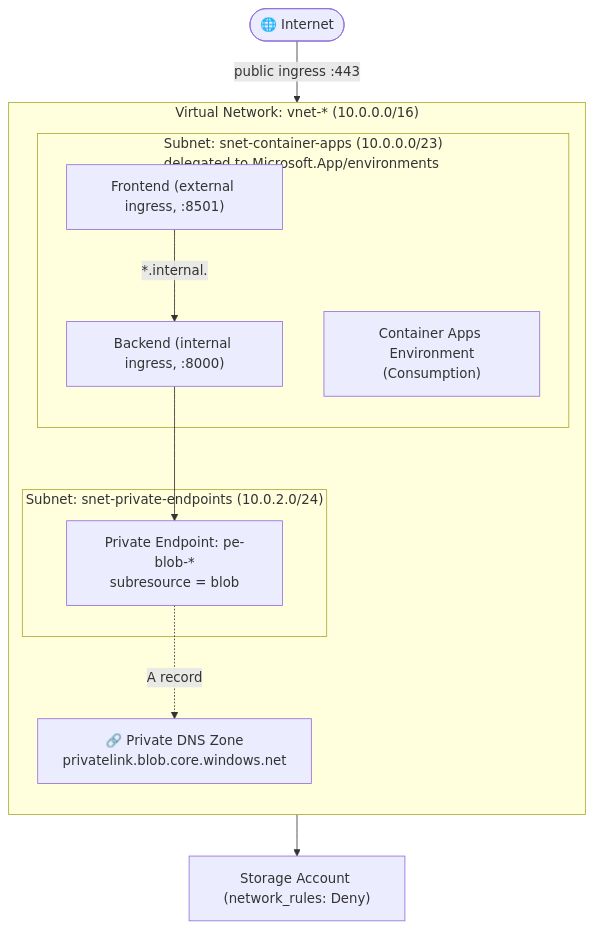
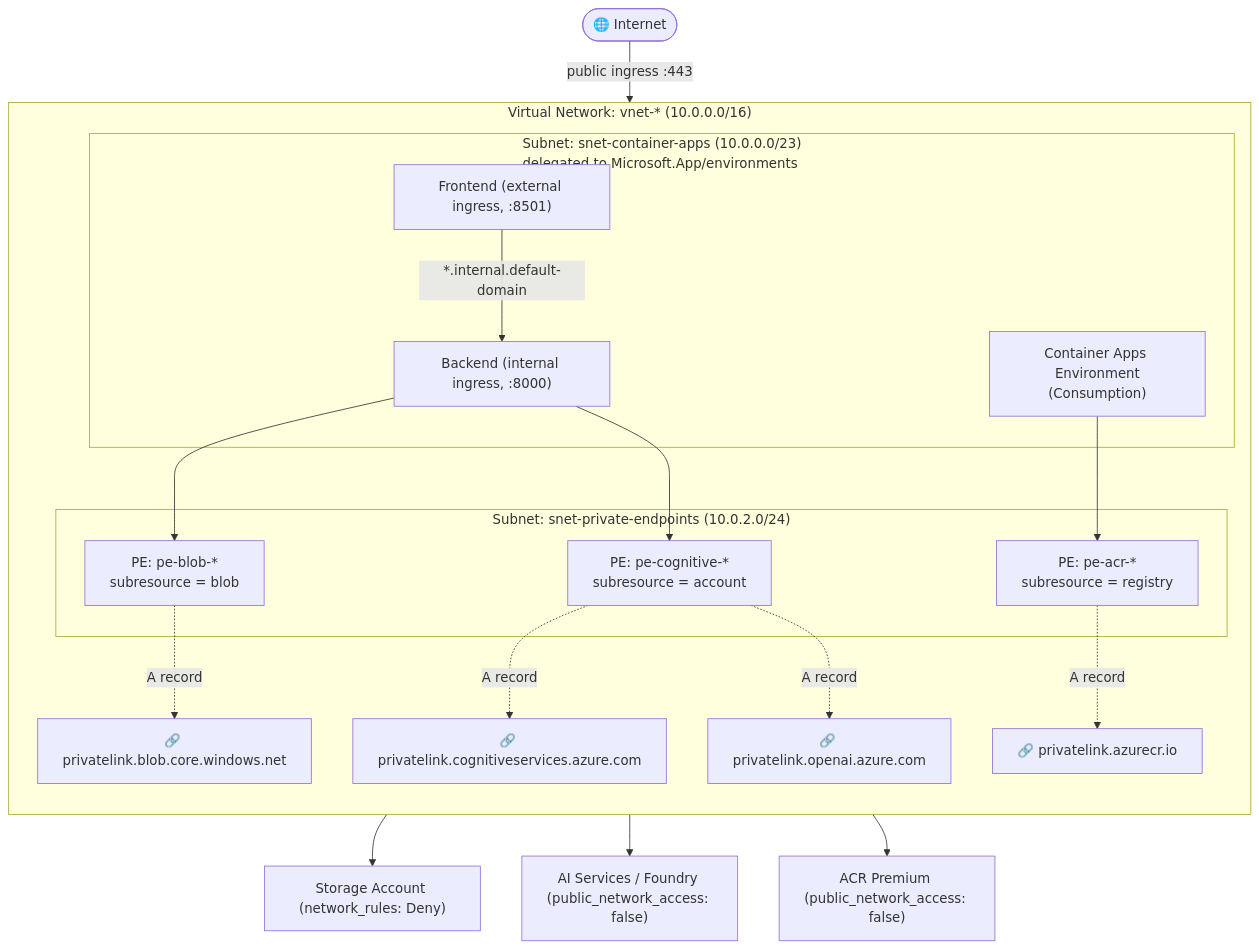
Before and after one commit to 0ht/meeting-minutes-agent: the first of 6 diagrams in docs/architecture.md, drawn with Mermaid. The commit also changed other lines of this file and 41 other files, not shown here.

````diff
--- a/docs/architecture.md
+++ b/docs/architecture.md
@@ -94,28 +94,42 @@
 ```mermaid
 flowchart TB
     Internet([🌐 Internet])
 
     subgraph VNET["Virtual Network: vnet-* (10.0.0.0/16)"]
         direction TB
 
         subgraph SNET_CA["Subnet: snet-container-apps (10.0.0.0/23)<br/>delegated to Microsoft.App/environments"]
             CAE["Container Apps Environment<br/>(Consumption)"]
             FE["Frontend (external ingress, :8501)"]
             BE["Backend (internal ingress, :8000)"]
         end
 
         subgraph SNET_PE["Subnet: snet-private-endpoints (10.0.2.0/24)"]
-            PE["Private Endpoint: pe-blob-*<br/>subresource = blob"]
+            PE_BLOB["PE: pe-blob-*<br/>subresource = blob"]
+            PE_COG["PE: pe-cognitive-*<br/>subresource = account"]
+            PE_ACR["PE: pe-acr-*<br/>subresource = registry"]
         end
 
-        PDNS["🔗 Private DNS Zone<br/>privatelink.blob.core.windows.net"]
+        PDNS_BLOB["🔗 privatelink.blob.core.windows.net"]
+        PDNS_COG["🔗 privatelink.cognitiveservices.azure.com"]
+        PDNS_OAI["🔗 privatelink.openai.azure.com"]
+        PDNS_ACR["🔗 privatelink.azurecr.io"]
     end
 
     ST["Storage Account (network_rules: Deny)"]
+    AIF["AI Services / Foundry (public_network_access: false)"]
+    ACR["ACR Premium (public_network_access: false)"]
 
-    Internet -->|public ingress :443| FE
-    FE -->|*.internal.<default-domain>| BE
-    BE --> PE
-    PE -.A record.-> PDNS
-    PE --> ST
+    Internet -->|"public ingress :443"| FE
+    FE -->|"*.internal.default-domain"| BE
+    BE --> PE_BLOB
+    BE --> PE_COG
+    CAE --> PE_ACR
+    PE_BLOB -."A record".-> PDNS_BLOB
+    PE_COG -."A record".-> PDNS_COG
+    PE_COG -."A record".-> PDNS_OAI
+    PE_ACR -."A record".-> PDNS_ACR
+    PE_BLOB --> ST
+    PE_COG --> AIF
+    PE_ACR --> ACR
 ```
````
